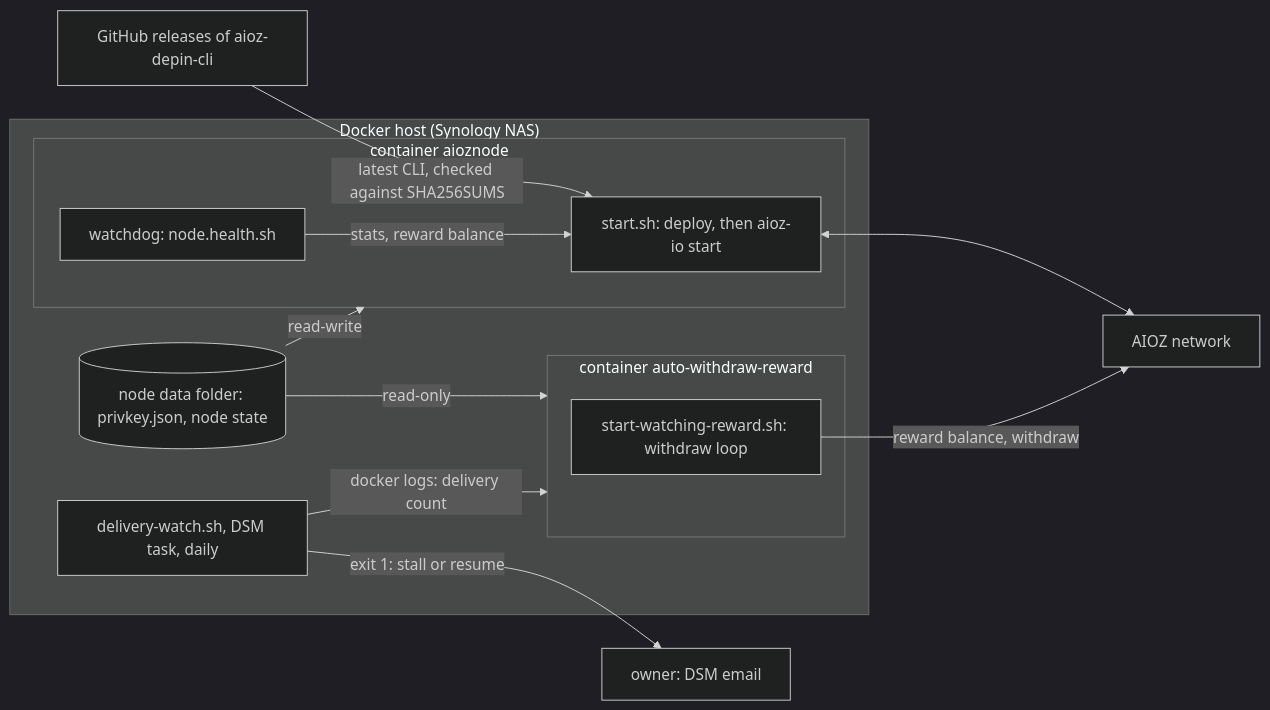
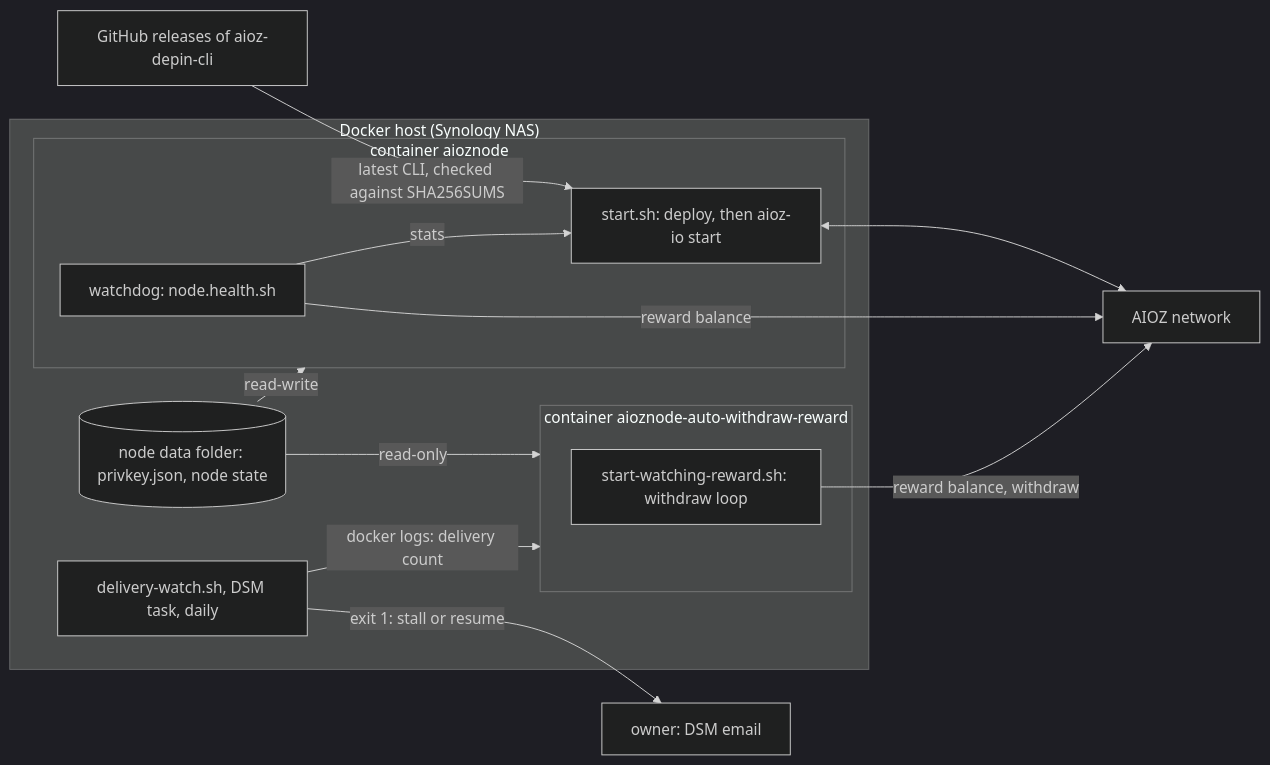
One commit to Rinzler78/aioz-node-docker changed the first of 2 diagrams in docs/architecture.md. Above: the diagram before and after it, drawn with Mermaid (dark theme). The commit also changed other lines of this file and 5 other files, not shown here.

First line of the commit message:
fix(docs): review of the architecture page

````diff
--- a/docs/architecture.md
+++ b/docs/architecture.md
@@ -14,26 +14,27 @@
 ```mermaid
 flowchart LR
     subgraph host["Docker host (Synology NAS)"]
         data[("node data folder: privkey.json, node state")]
         subgraph node["container aioznode"]
             start["start.sh: deploy, then aioz-io start"]
             watchdog["watchdog: node.health.sh"]
         end
-        subgraph withdraw["container auto-withdraw-reward"]
+        subgraph withdraw["container aioznode-auto-withdraw-reward"]
             loop["start-watching-reward.sh: withdraw loop"]
         end
         watch["delivery-watch.sh, DSM task, daily"]
     end
     releases["GitHub releases of aioz-depin-cli"]
     network["AIOZ network"]
     owner["owner: DSM email"]
 
     data -- "read-write" --> node
     data -- "read-only" --> withdraw
     releases -- "latest CLI, checked against SHA256SUMS" --> start
     start <--> network
-    watchdog -- "stats, reward balance" --> start
+    watchdog -- "stats" --> start
+    watchdog -- "reward balance" --> network
     loop -- "reward balance, withdraw" --> network
     watch -- "docker logs: delivery count" --> withdraw
     watch -- "exit 1: stall or resume" --> owner
 ```
````
